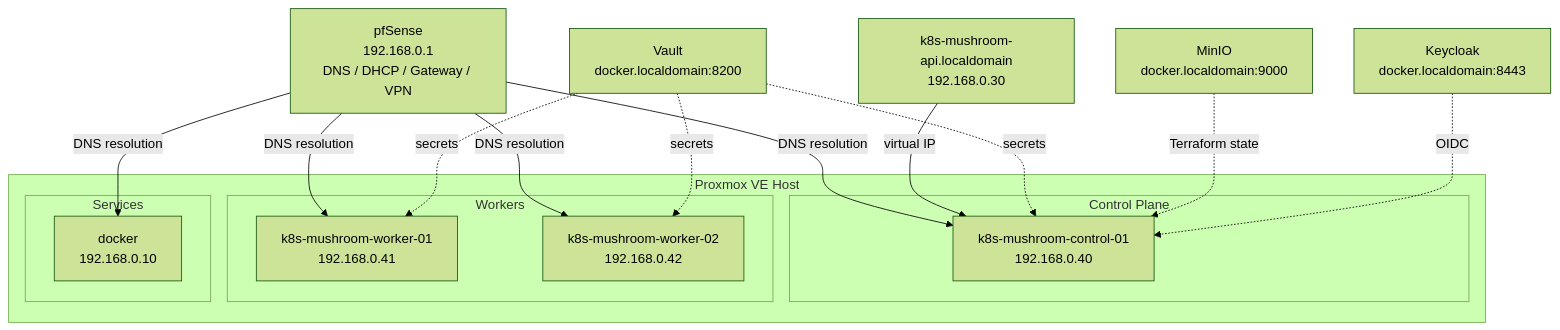
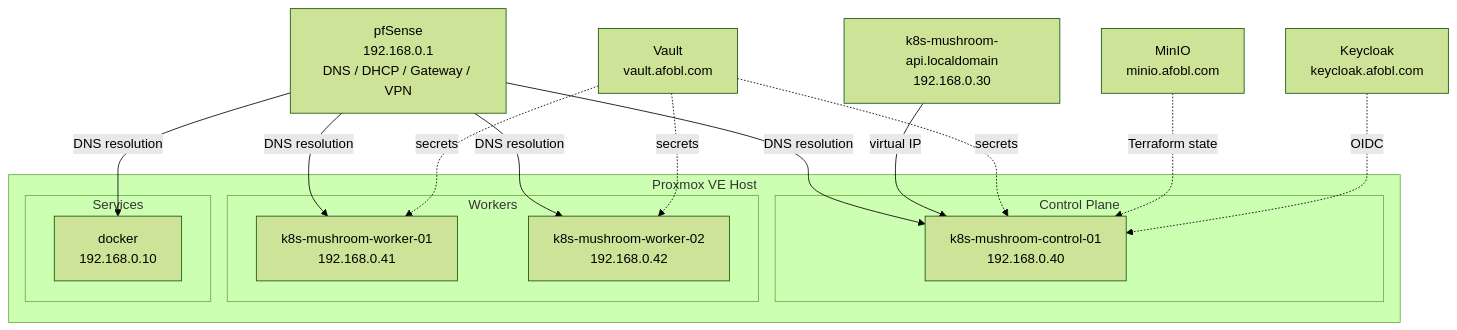
One commit to warelock2/infraops changed the first of 4 diagrams in docs/ARCHITECTURE.md. Above: the diagram before and after it, drawn with Mermaid (forest theme). The commit also changed 13 other files, not shown here.

````diff
--- a/docs/ARCHITECTURE.md
+++ b/docs/ARCHITECTURE.md
@@ -67,32 +67,32 @@
 ```mermaid
 graph TD
     subgraph "Proxmox VE Host"
         subgraph "Control Plane"
             CP01["k8s-mushroom-control-01<br/>192.168.0.40"]
         end
         subgraph "Workers"
             W01["k8s-mushroom-worker-01<br/>192.168.0.41"]
             W02["k8s-mushroom-worker-02<br/>192.168.0.42"]
         end
         subgraph "Services"
             DOCKER["docker<br/>192.168.0.10"]
         end
     end
 
     FIREWALL["pfSense<br/>192.168.0.1<br/>DNS / DHCP / Gateway / VPN"]
     VIP["k8s-mushroom-api.localdomain<br/>192.168.0.30"]
-    VAULT["Vault<br/>docker.localdomain:8200"]
-    MINIO["MinIO<br/>docker.localdomain:9000"]
-    KEYCLOAK["Keycloak<br/>docker.localdomain:8443"]
+    VAULT["Vault<br/>vault.afobl.com"]
+    MINIO["MinIO<br/>minio.afobl.com"]
+    KEYCLOAK["Keycloak<br/>keycloak.afobl.com"]
 
     FIREWALL -->|"DNS resolution"| CP01
     FIREWALL -->|"DNS resolution"| W01
     FIREWALL -->|"DNS resolution"| W02
     FIREWALL -->|"DNS resolution"| DOCKER
     VIP -->|"virtual IP"| CP01
     VAULT -.->|"secrets"| CP01
     VAULT -.->|"secrets"| W01
     VAULT -.->|"secrets"| W02
     MINIO -.->|"Terraform state"| CP01
     KEYCLOAK -.->|"OIDC"| CP01
 ```
````
